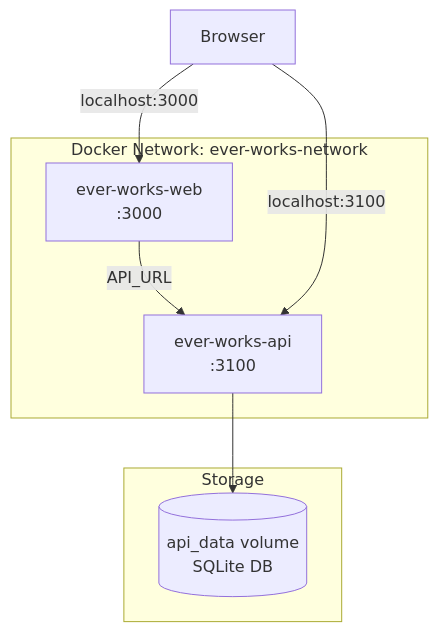
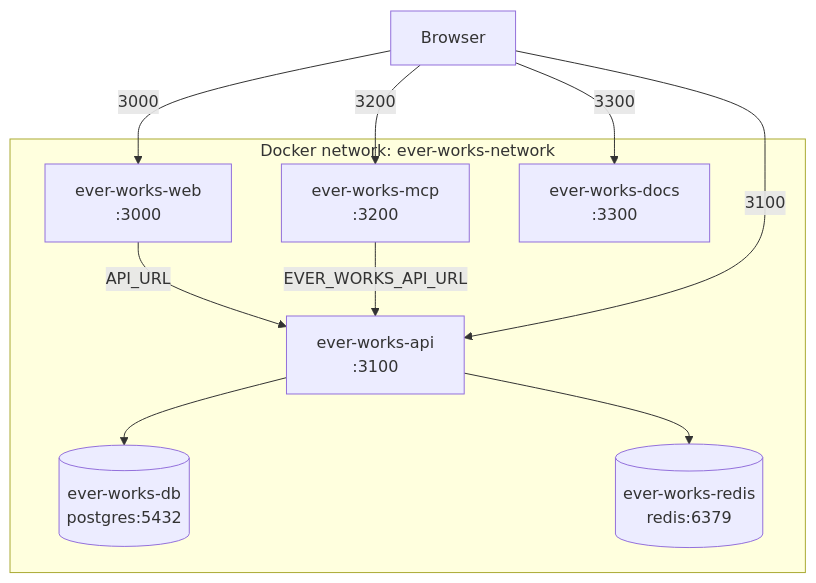
The diagram in docs/devops/docker-compose.md (ever-works/ever-works), drawn with Mermaid before and after one commit. The commit also changed other lines of this file and 7 other files, not shown here.

````diff
--- a/docs/devops/docker-compose.md
+++ b/docs/devops/docker-compose.md
@@ -104,16 +127,23 @@
 ```mermaid
 graph TB
-    subgraph Docker["Docker Network: ever-works-network"]
+    Browser[Browser]
+
+    subgraph net["Docker network: ever-works-network"]
+        WEB[ever-works-web<br/>:3000]
         API[ever-works-api<br/>:3100]
-        WEB[ever-works-web<br/>:3000]
+        MCP[ever-works-mcp<br/>:3200]
+        DOCS[ever-works-docs<br/>:3300]
+        DB[(ever-works-db<br/>postgres:5432)]
+        REDIS[(ever-works-redis<br/>redis:6379)]
+
         WEB -->|API_URL| API
+        MCP -->|EVER_WORKS_API_URL| API
+        API --> DB
+        API --> REDIS
     end
 
-    subgraph Storage
-        VOL[(api_data volume<br/>SQLite DB)]
-    end
-
-    API --> VOL
-    Browser[Browser] -->|localhost:3000| WEB
-    Browser -->|localhost:3100| API
+    Browser -->|3000| WEB
+    Browser -->|3100| API
+    Browser -->|3200| MCP
+    Browser -->|3300| DOCS
 ```
````
